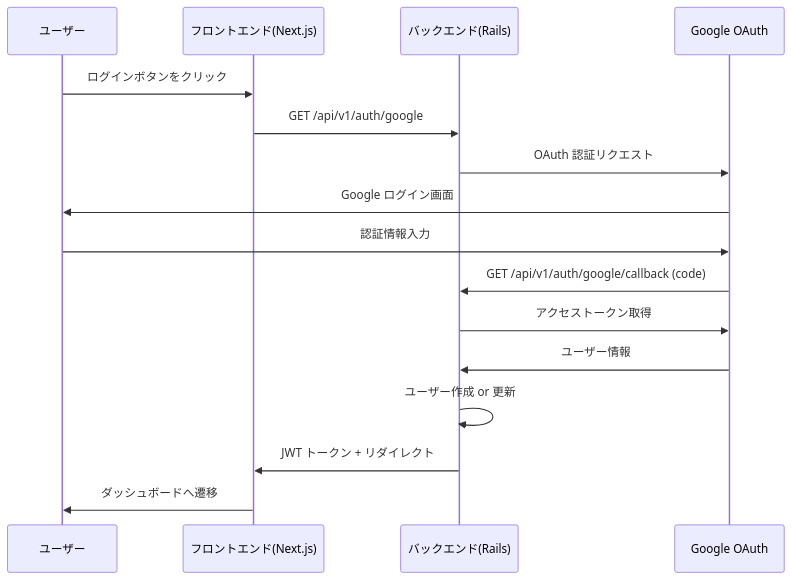
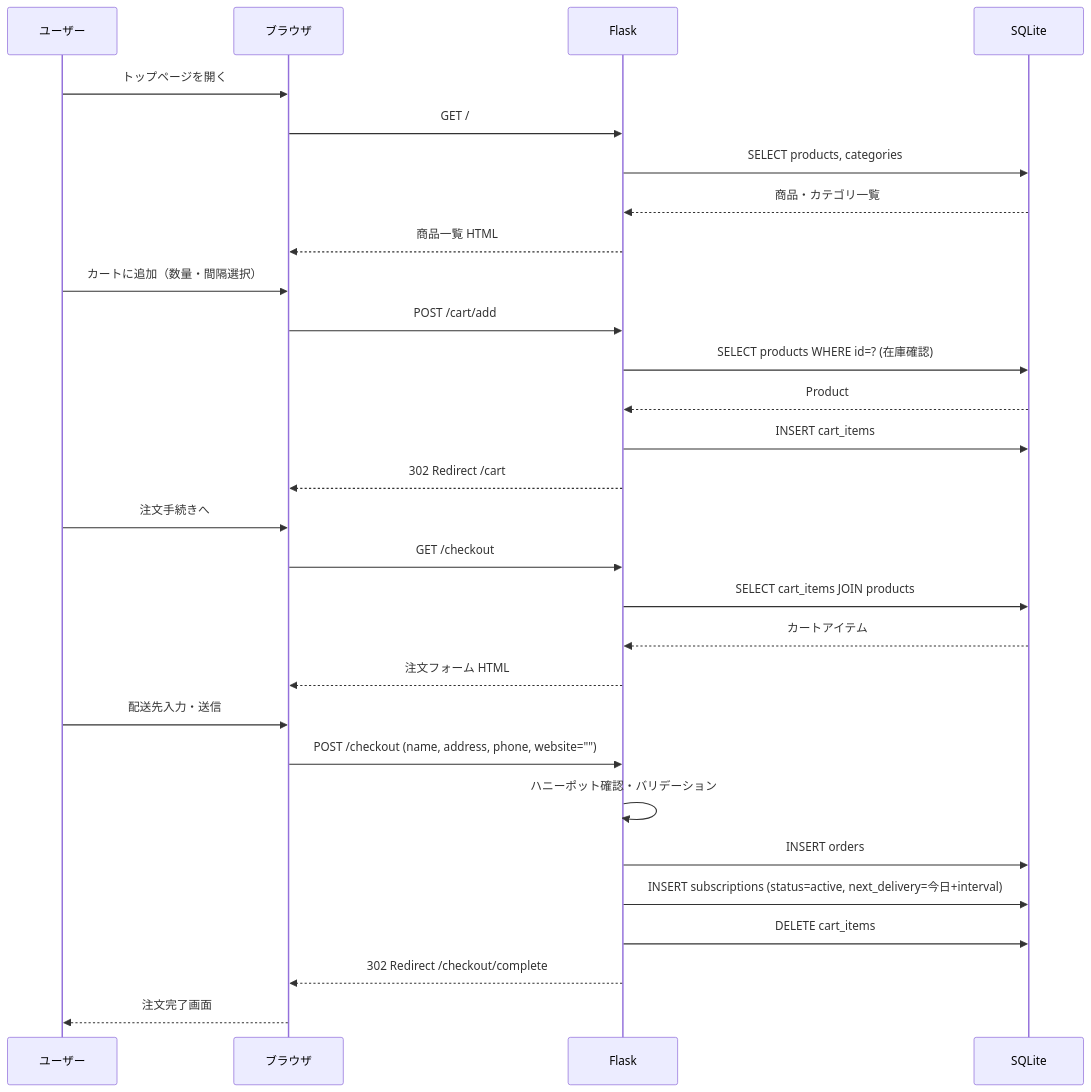
The first of 5 diagrams in SPEC/sequence.md (rictaworks/household-sub-demo), drawn with Mermaid before and after one commit. The commit also changed other lines of this file and 3 other files, not shown here.

````diff
--- a/SPEC/sequence.md
+++ b/SPEC/sequence.md
@@ -9,19 +11,35 @@
 ```mermaid
 sequenceDiagram
-    participant U as ユーザー
-    participant FE as フロントエンド(Next.js)
-    participant BE as バックエンド(Rails)
-    participant G as Google OAuth
+    participant U  as ユーザー
+    participant BR as ブラウザ
+    participant FL as Flask
+    participant DB as SQLite
 
-    U->>FE: ログインボタンをクリック
-    FE->>BE: GET /api/v1/auth/google
-    BE->>G: OAuth 認証リクエスト
-    G->>U: Google ログイン画面
-    U->>G: 認証情報入力
-    G->>BE: GET /api/v1/auth/google/callback (code)
-    BE->>G: アクセストークン取得
-    G->>BE: ユーザー情報
-    BE->>BE: ユーザー作成 or 更新
-    BE->>FE: JWT トークン + リダイレクト
-    FE->>U: ダッシュボードへ遷移
+    U->>BR: トップページを開く
+    BR->>FL: GET /
+    FL->>DB: SELECT products, categories
+    DB-->>FL: 商品・カテゴリ一覧
+    FL-->>BR: 商品一覧 HTML
+
+    U->>BR: カートに追加（数量・間隔選択）
+    BR->>FL: POST /cart/add
+    FL->>DB: SELECT products WHERE id=? (在庫確認)
+    DB-->>FL: Product
+    FL->>DB: INSERT cart_items
+    FL-->>BR: 302 Redirect /cart
+
+    U->>BR: 注文手続きへ
+    BR->>FL: GET /checkout
+    FL->>DB: SELECT cart_items JOIN products
+    DB-->>FL: カートアイテム
+    FL-->>BR: 注文フォーム HTML
+
+    U->>BR: 配送先入力・送信
+    BR->>FL: POST /checkout (name, address, phone, website="")
+    FL->>FL: ハニーポット確認・バリデーション
+    FL->>DB: INSERT orders
+    FL->>DB: INSERT subscriptions (status=active, next_delivery=今日+interval)
+    FL->>DB: DELETE cart_items
+    FL-->>BR: 302 Redirect /checkout/complete
+    BR-->>U: 注文完了画面
 ```
````
